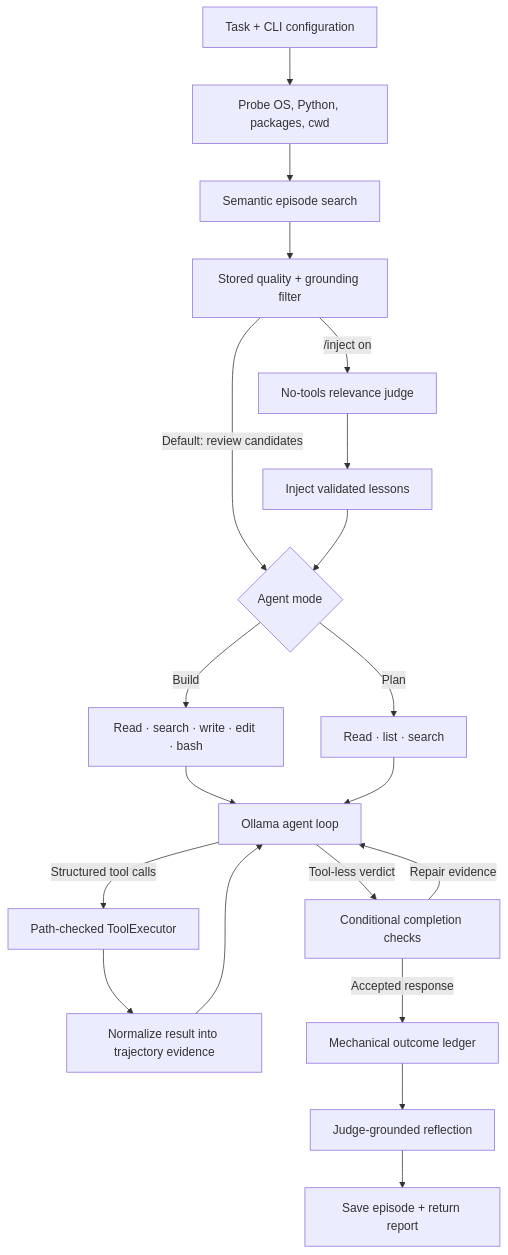
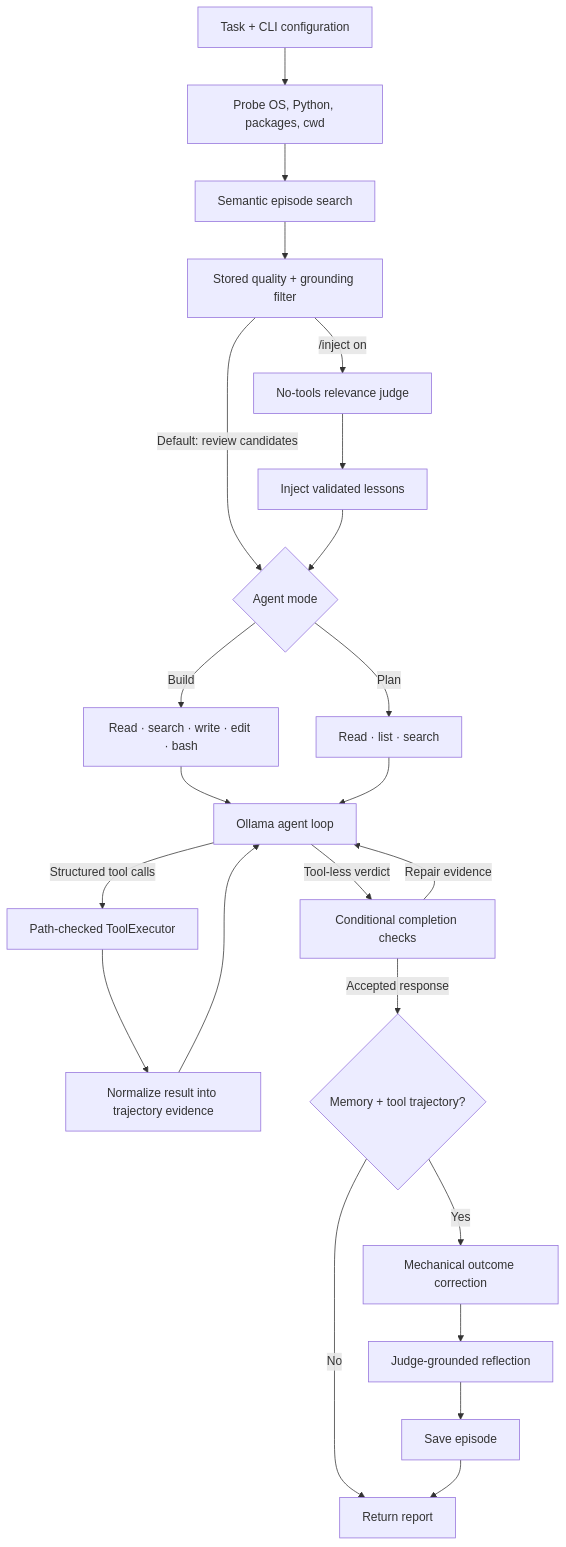
Before and after one commit to Astroqbit/what-if-machine: the diagram in README.md, drawn with Mermaid. The commit also changed other lines of this file, not shown here.

````diff
--- a/README.md
+++ b/README.md
@@ -55,25 +70,28 @@
 ```mermaid
 flowchart TD
     Q["Task + CLI configuration"] --> P["Probe OS, Python, packages, cwd"]
     P --> R["Semantic episode search"]
     R --> F["Stored quality + grounding filter"]
     F -->|Default: review candidates| M
     F -->|/inject on| J["No-tools relevance judge"]
     J --> C["Inject validated lessons"]
 
     C --> M{"Agent mode"}
     M -->|Build| B["Read · search · write · edit · bash"]
     M -->|Plan| L["Read · list · search"]
     B --> O["Ollama agent loop"]
     L --> O
 
     O -->|Structured tool calls| X["Path-checked ToolExecutor"]
     X --> E["Normalize result into trajectory evidence"]
     E --> O
 
     O -->|Tool-less verdict| G["Conditional completion checks"]
     G -->|Repair evidence| O
-    G -->|Accepted response| A["Mechanical outcome ledger"]
+    G -->|Accepted response| K{"Memory + tool trajectory?"}
+    K -->|No| Z["Return report"]
+    K -->|Yes| A["Mechanical outcome correction"]
     A --> H["Judge-grounded reflection"]
-    H --> Z["Save episode + return report"]
+    H --> S["Save episode"]
+    S --> Z
 ```
````
